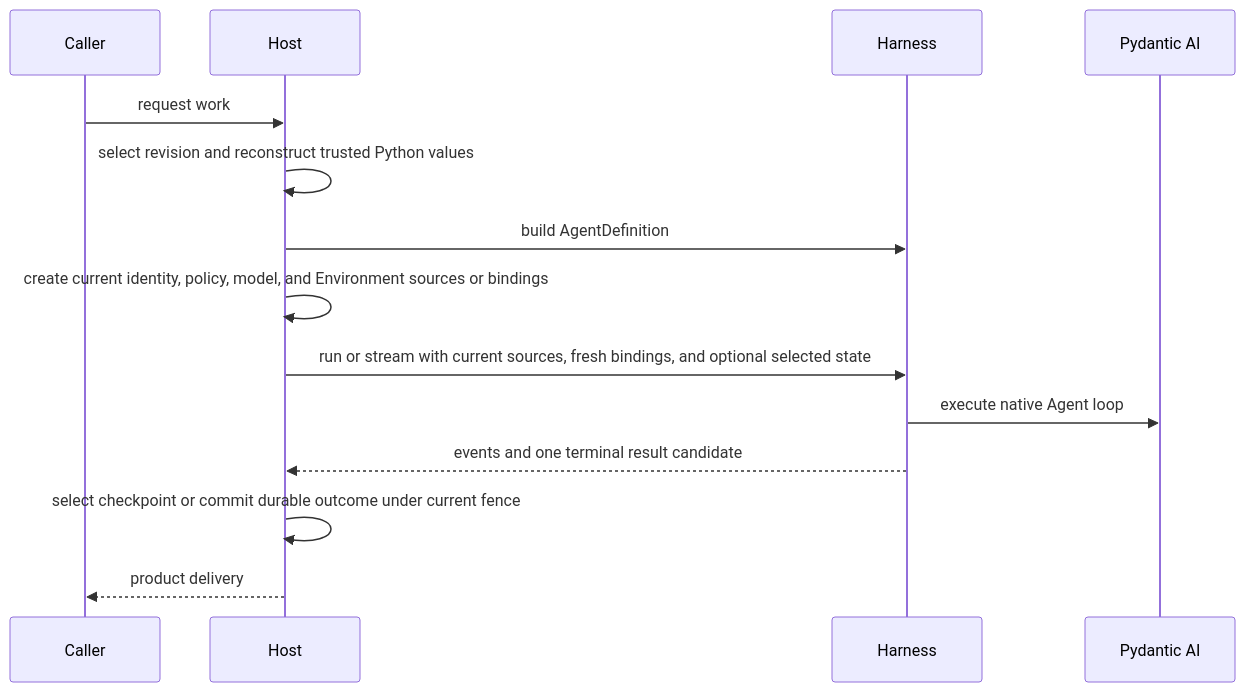
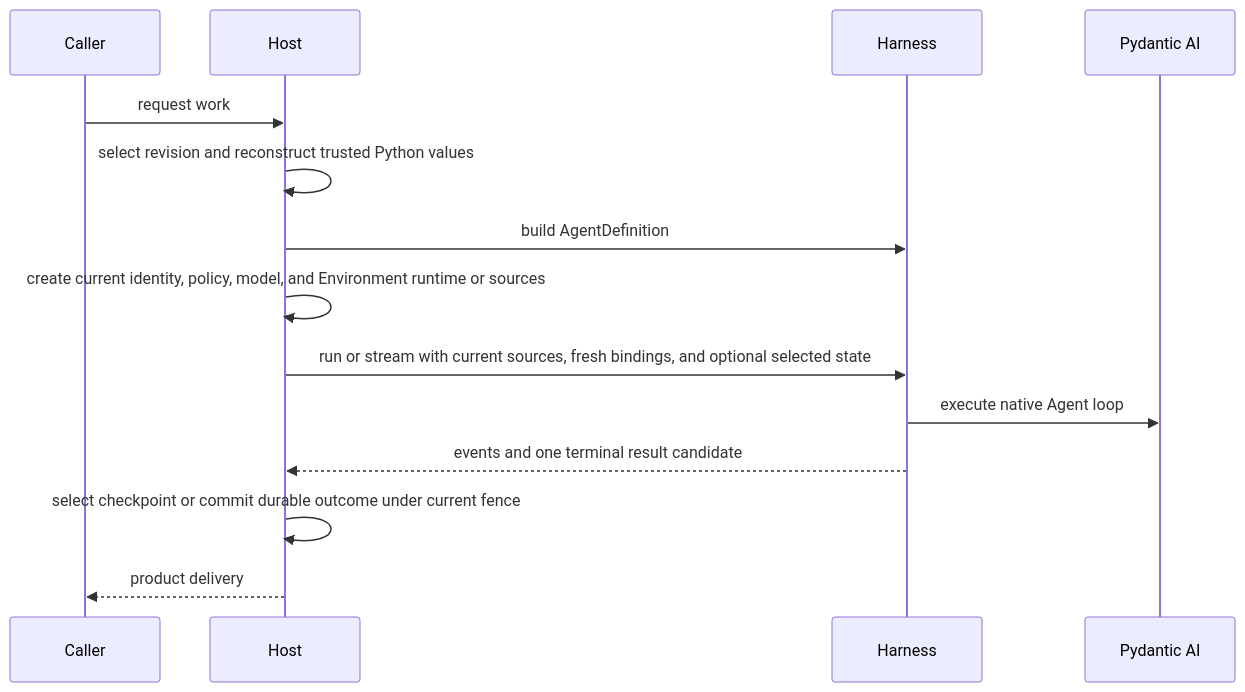
The diagram in docs/agent-harness/hosting.md (LTThreeComma/agent-foundation), drawn with Mermaid before and after one commit. The commit also changed other lines of this file and 135 other files, not shown here.

Commit message:
refactor(environment): adopt runtime mount model (#56)

````diff
--- a/docs/agent-harness/hosting.md
+++ b/docs/agent-harness/hosting.md
@@ -7,17 +7,17 @@
 ```mermaid
 sequenceDiagram
     participant Caller
     participant Host
     participant Harness
     participant PAI as Pydantic AI
 
     Caller->>Host: request work
     Host->>Host: select revision and reconstruct trusted Python values
     Host->>Harness: build AgentDefinition
-    Host->>Host: create current identity, policy, model, and Environment sources or bindings
+    Host->>Host: create current identity, policy, model, and Environment runtime or sources
     Host->>Harness: run or stream with current sources, fresh bindings, and optional selected state
     Harness->>PAI: execute native Agent loop
     Harness-->>Host: events and one terminal result candidate
     Host->>Host: select checkpoint or commit durable outcome under current fence
     Host-->>Caller: product delivery
 ```
````
